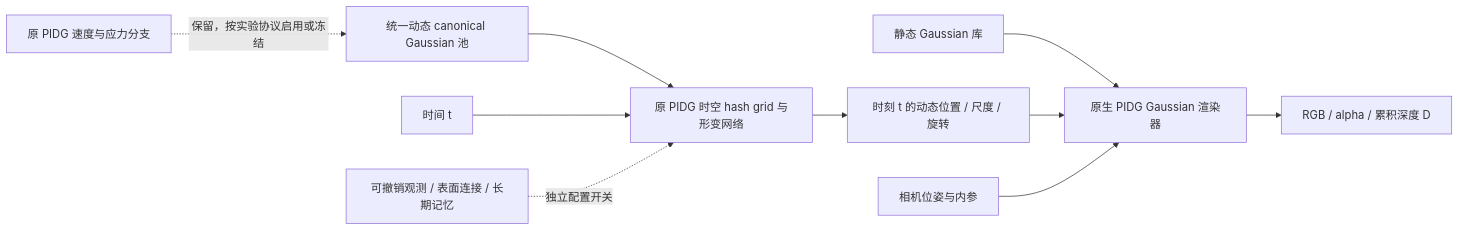
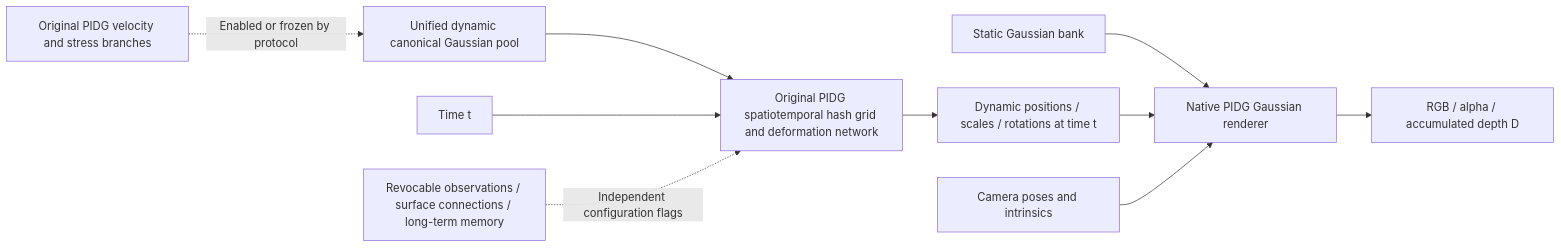
The diagram in README.md (JiruiUk/PhysGauss-), drawn with Mermaid before and after one commit. The commit also changed other lines of this file, not shown here.

````diff
--- a/README.md
+++ b/README.md
@@ -13,12 +13,12 @@
 ```mermaid
 flowchart LR
-    S[静态 Gaussian 库] --> R[原生 PIDG Gaussian 渲染器]
-    X[统一动态 canonical Gaussian 池] --> D[原 PIDG 时空 hash grid 与形变网络]
-    T[时间 t] --> D
-    D --> G[时刻 t 的动态位置 / 尺度 / 旋转]
+    S[Static Gaussian bank] --> R[Native PIDG Gaussian renderer]
+    X[Unified dynamic canonical Gaussian pool] --> D[Original PIDG spatiotemporal hash grid and deformation network]
+    T[Time t] --> D
+    D --> G[Dynamic positions / scales / rotations at time t]
     G --> R
-    C[相机位姿与内参] --> R
-    R --> I[RGB / alpha / 累积深度 D]
-    P[原 PIDG 速度与应力分支] -.保留，按实验协议启用或冻结.-> X
-    M[可撤销观测 / 表面连接 / 长期记忆] -.独立配置开关.-> D
+    C[Camera poses and intrinsics] --> R
+    R --> I[RGB / alpha / accumulated depth D]
+    P[Original PIDG velocity and stress branches] -. Enabled or frozen by protocol .-> X
+    M[Revocable observations / surface connections / long-term memory] -. Independent configuration flags .-> D
 ```
````
